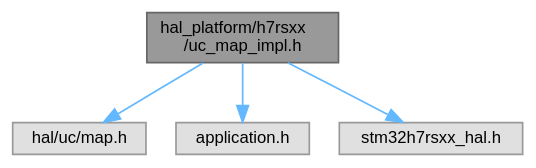
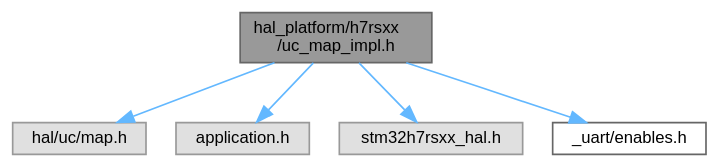
The diagram in h7rsxx_2uc__map__impl_8h__incl.dot (ebs-universe/piolib-hal-uc-stm32), drawn with Graphviz before and after one commit. The commit also changed 403 other files, not shown here.

```diff
--- a/h7rsxx_2uc__map__impl_8h__incl.dot
+++ b/h7rsxx_2uc__map__impl_8h__incl.dot
@@ -1,15 +1,17 @@
 digraph "hal_platform/h7rsxx/uc_map_impl.h"
 {
  // INTERACTIVE_SVG=YES
  // LATEX_PDF_SIZE
   bgcolor="transparent";
   edge [fontname=Helvetica,fontsize=10,labelfontname=Helvetica,labelfontsize=10];
   node [fontname=Helvetica,fontsize=10,shape=box,height=0.2,width=0.4];
   Node1 [id="Node000001",label="hal_platform/h7rsxx\l/uc_map_impl.h",height=0.2,width=0.4,color="gray40", fillcolor="grey60", style="filled", fontcolor="black",tooltip=" "];
   Node1 -> Node2 [id="edge1_Node000001_Node000002",color="steelblue1",style="solid",tooltip=" "];
   Node2 [id="Node000002",label="hal/uc/map.h",height=0.2,width=0.4,color="grey60", fillcolor="#E0E0E0", style="filled",tooltip=" "];
   Node1 -> Node3 [id="edge2_Node000001_Node000003",color="steelblue1",style="solid",tooltip=" "];
   Node3 [id="Node000003",label="application.h",height=0.2,width=0.4,color="grey60", fillcolor="#E0E0E0", style="filled",tooltip=" "];
   Node1 -> Node4 [id="edge3_Node000001_Node000004",color="steelblue1",style="solid",tooltip=" "];
   Node4 [id="Node000004",label="stm32h7rsxx_hal.h",height=0.2,width=0.4,color="grey60", fillcolor="#E0E0E0", style="filled",tooltip=" "];
+  Node1 -> Node5 [id="edge4_Node000001_Node000005",color="steelblue1",style="solid",tooltip=" "];
+  Node5 [id="Node000005",label="_uart/enables.h",height=0.2,width=0.4,color="grey40", fillcolor="white", style="filled",URL="$enables_8h.html",tooltip=" "];
 }
```
